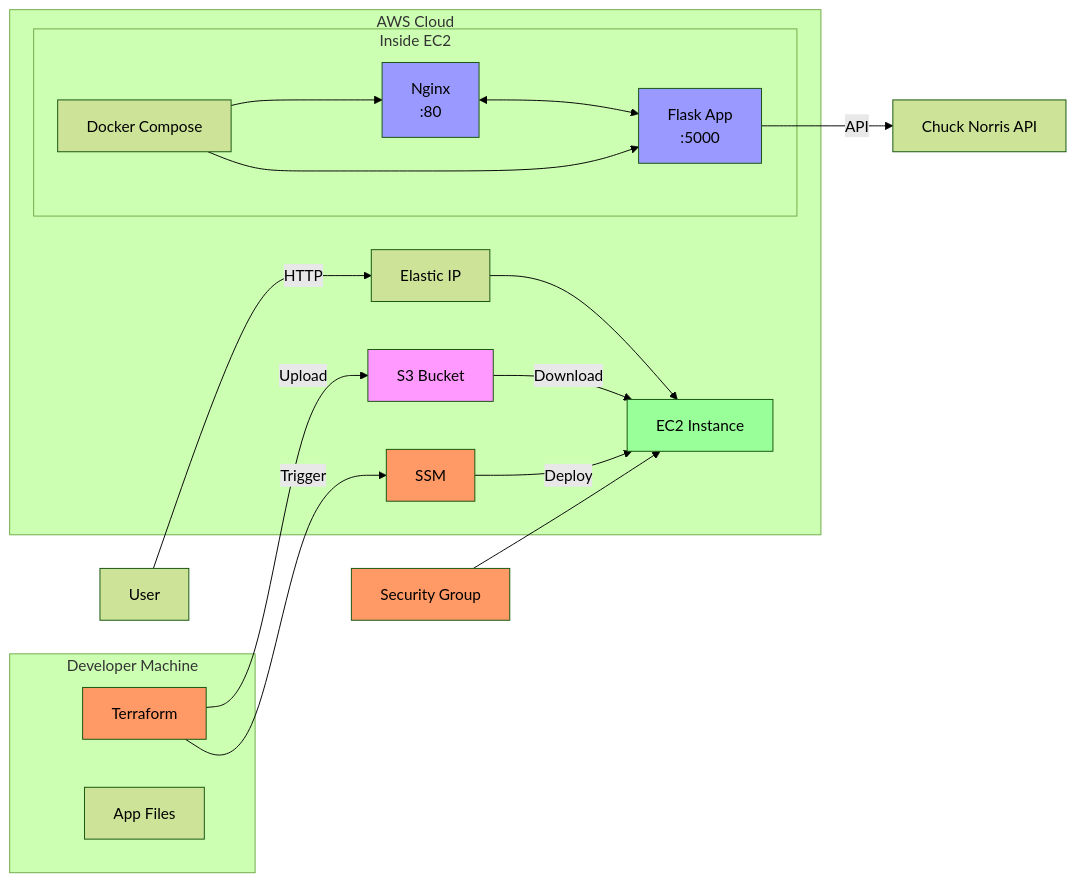
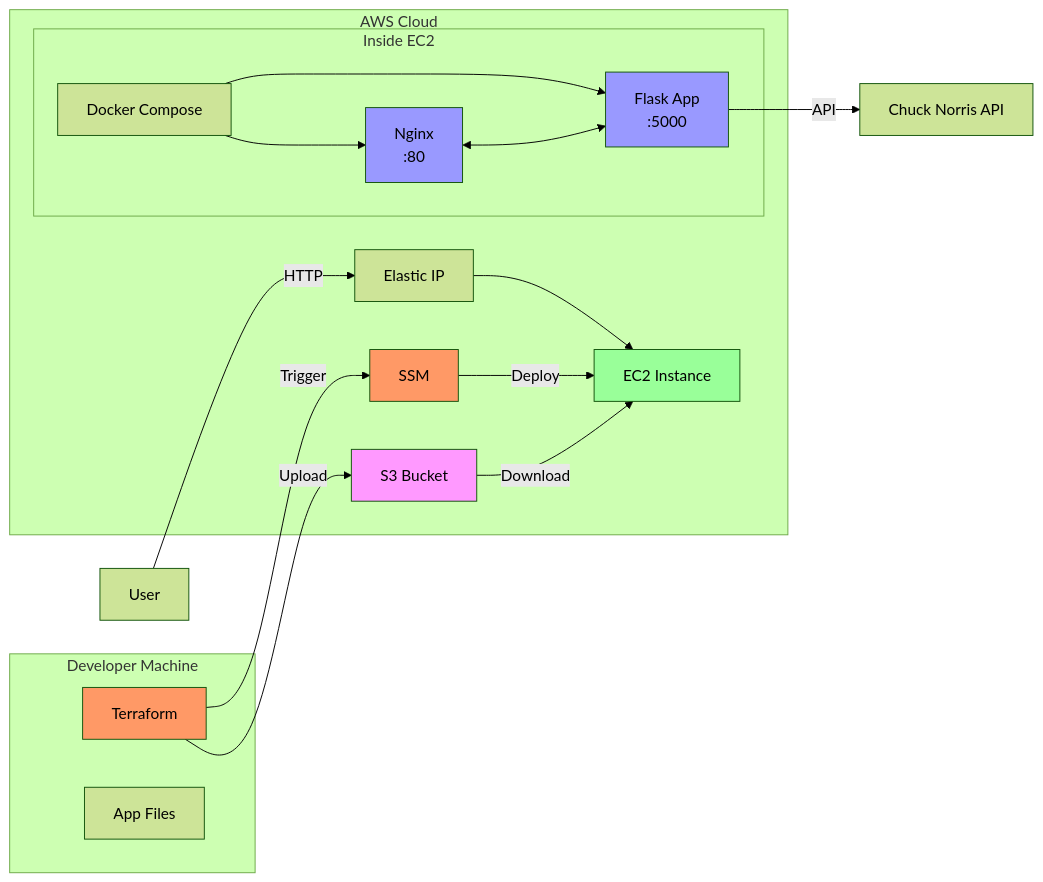
One commit to ilham9649/chucknoris-jokes changed the diagram in README.md. Above: the diagram before and after it, drawn with Mermaid (forest theme). The commit also changed 4 other files, not shown here.

````diff
--- a/README.md
+++ b/README.md
@@ -18,40 +18,38 @@
 ```mermaid
 graph LR
     subgraph Local["Developer Machine"]
         TF[Terraform]
         APP[App Files]
     end
 
     subgraph AWS["AWS Cloud"]
         S3[S3 Bucket]
         EIP[Elastic IP]
         EC2[EC2 Instance]
         SSM[SSM]
 
         subgraph EC2_INSIDE["Inside EC2"]
             DOCKER[Docker Compose]
             NGINX[Nginx<br/>:80]
             FLASK[Flask App<br/>:5000]
         end
     end
 
     USER[User] -->|HTTP| EIP
     EIP --> EC2
-    SG[Security Group] --> EC2
     TF -->|Upload| S3
     TF -->|Trigger| SSM
     SSM -->|Deploy| EC2
     S3 -->|Download| EC2
     DOCKER --> NGINX
     DOCKER --> FLASK
     NGINX <--> FLASK
     FLASK -->|API| API[Chuck Norris API]
 
     style TF fill:#f96
     style S3 fill:#f9f
     style EC2 fill:#9f9
-    style SG fill:#f96
     style SSM fill:#f96
     style NGINX fill:#99f
     style FLASK fill:#99f
 ```
````
